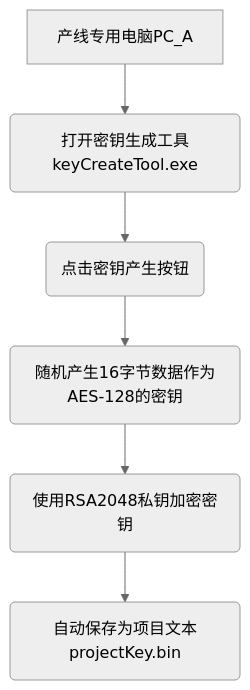
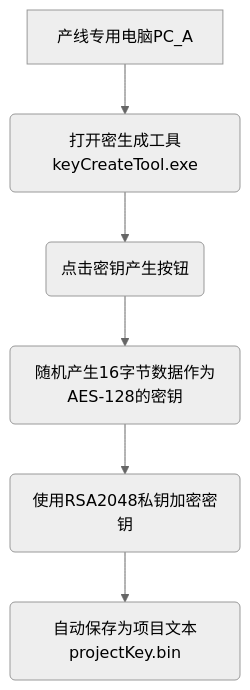
The diagram in all/未命名-10.md (facebook-cloud/iodraw-files), drawn with Mermaid (neutral theme) before and after one commit.

Commit message:
2026-01-06 20:22:37 update

````diff
--- a/all/未命名-10.md
+++ b/all/未命名-10.md
@@ -1,8 +1,8 @@
 ```mermaid
 graph TD
-    A[产线专用电脑PC_A] --> B(打开密钥生成工具keyCreateTool.exe)
+    A[产线专用电脑PC_A] --> B(打开密生成工具keyCreateTool.exe)
     B --> C(点击密钥产生按钮)
     C --> D(随机产生16字节数据作为AES-128的密钥)
     D --> E(使用RSA2048私钥加密密钥)
     E --> F(自动保存为项目文本projectKey.bin)
 ```
````
